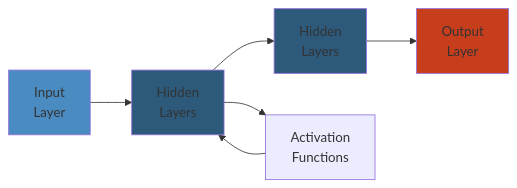
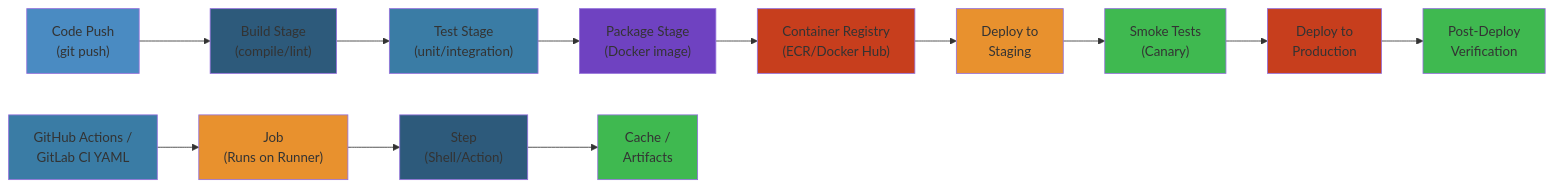
Before and after one commit to premchandkpc/md-courses: the diagram in data/06-devops/ci-cd/01-github-actions-gitlab-ci-pipeline-design.md, drawn with Mermaid. The commit also changed 178 other files, not shown here.

````diff
--- a/data/06-devops/ci-cd/01-github-actions-gitlab-ci-pipeline-design.md
+++ b/data/06-devops/ci-cd/01-github-actions-gitlab-ci-pipeline-design.md
@@ -5,12 +5,27 @@
 ```mermaid
 graph LR
-    A["Input<br/>Layer"] --> B["Hidden<br/>Layers"]
-    B --> C["Hidden<br/>Layers"]
-    C --> D["Output<br/>Layer"]
-    B --> E["Activation<br/>Functions"]
-    E --> B
-    style A fill:#4a8bc2
-    style B fill:#2d5a7b
-    style C fill:#2d5a7b
-    style D fill:#c73e1d
+    CODE["Code Push<br/>(git push)"] --> BUILD["Build Stage<br/>(compile/lint)"]
+    BUILD --> TEST["Test Stage<br/>(unit/integration)"]
+    TEST --> PACKAGE["Package Stage<br/>(Docker image)"]
+    PACKAGE --> REG["Container Registry<br/>(ECR/Docker Hub)"]
+    REG --> STAGE["Deploy to<br/>Staging"]
+    STAGE --> SMOKE["Smoke Tests<br/>(Canary)"]
+    SMOKE --> PROD["Deploy to<br/>Production"]
+    PROD --> VERIFY["Post-Deploy<br/>Verification"]
+    CI["GitHub Actions /<br/>GitLab CI YAML"] --> JOB["Job<br/>(Runs on Runner)"]
+    JOB --> STEP["Step<br/>(Shell/Action)"]
+    STEP --> CACHE["Cache /<br/>Artifacts"]
+    style CODE fill:#4a8bc2
+    style BUILD fill:#2d5a7b
+    style TEST fill:#3a7ca5
+    style PACKAGE fill:#6f42c1
+    style REG fill:#c73e1d
+    style STAGE fill:#e8912e
+    style SMOKE fill:#3fb950
+    style PROD fill:#c73e1d
+    style VERIFY fill:#3fb950
+    style CI fill:#3a7ca5
+    style JOB fill:#e8912e
+    style STEP fill:#2d5a7b
+    style CACHE fill:#3fb950
 ```
````
